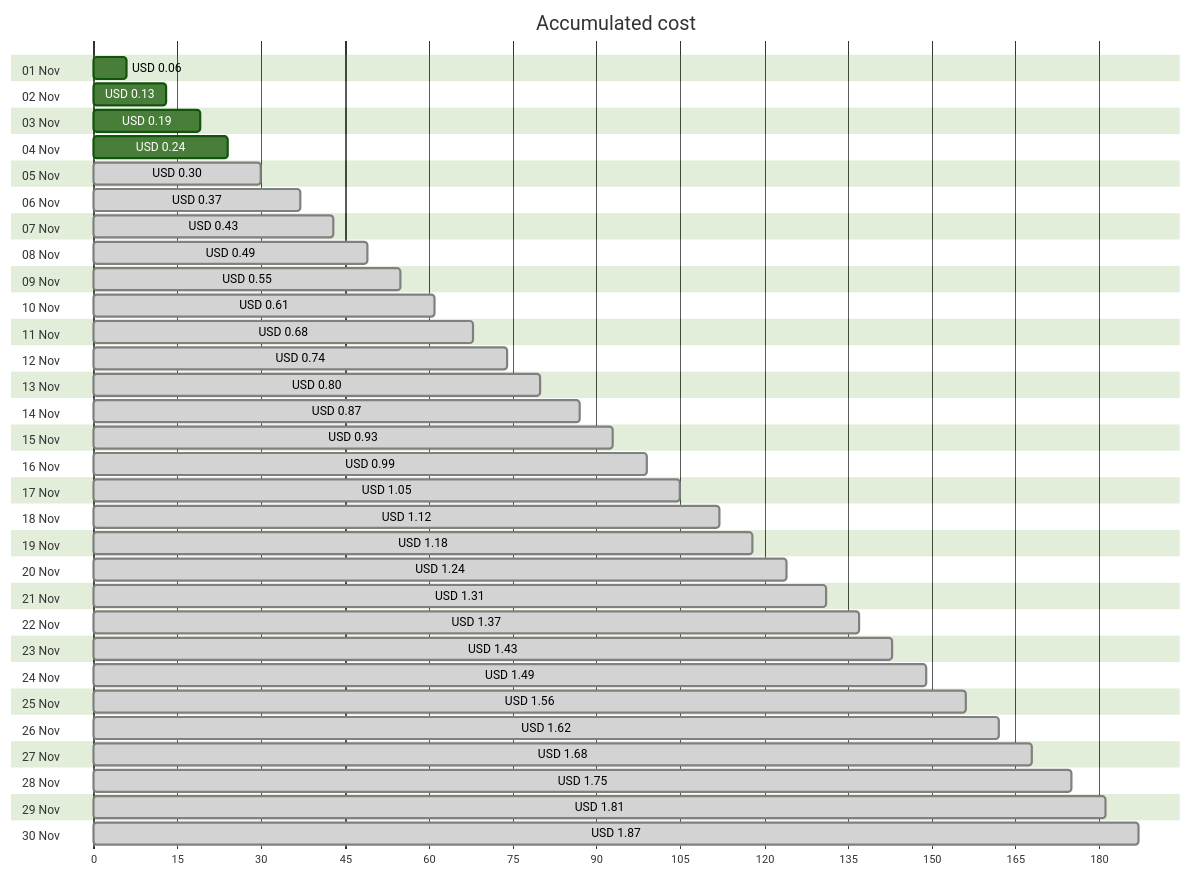
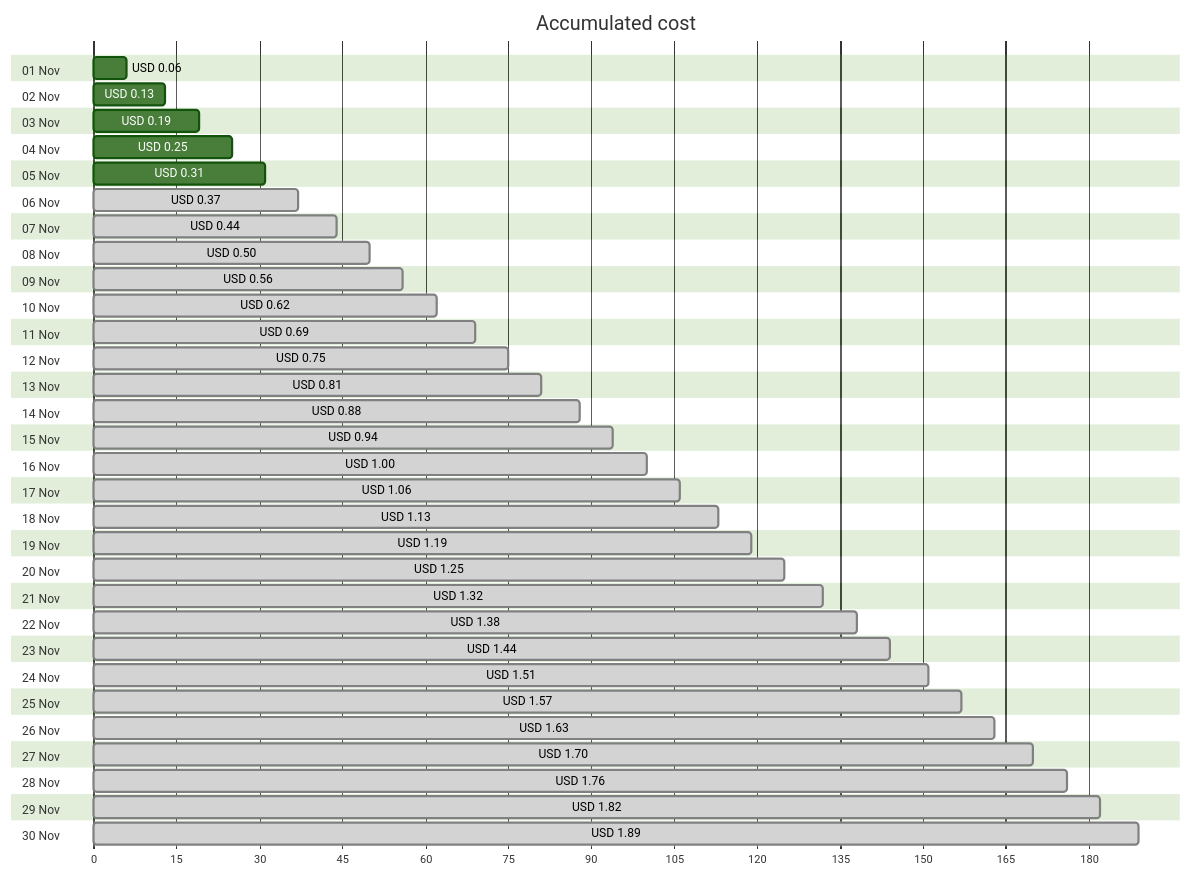
Before and after one commit to jpfulton/azure-personal-reports: the first of 4 diagrams in cost-reports/personal-network/vpn-server_OsDisk.md, drawn with Mermaid (forest theme). The commit also changed other lines of this file and 8 other files, not shown here.

````diff
--- a/cost-reports/personal-network/vpn-server_OsDisk.md
+++ b/cost-reports/personal-network/vpn-server_OsDisk.md
@@ -20,66 +20,66 @@
 ```mermaid
 gantt
    title Accumulated cost
    dateFormat  X
    axisFormat %s
    section 01 Nov
    USD 0.06 :0, 6
    section 02 Nov
    USD 0.13 :0, 13
    section 03 Nov
    USD 0.19 :0, 19
    section 04 Nov
-   USD 0.24 :0, 24
+   USD 0.25 :0, 25
    section 05 Nov
-   USD 0.30 : done, 0, 30
+   USD 0.31 :0, 31
    section 06 Nov
    USD 0.37 : done, 0, 37
    section 07 Nov
-   USD 0.43 : done, 0, 43
+   USD 0.44 : done, 0, 44
    section 08 Nov
-   USD 0.49 : done, 0, 49
+   USD 0.50 : done, 0, 50
    section 09 Nov
-   USD 0.55 : done, 0, 55
+   USD 0.56 : done, 0, 56
    section 10 Nov
-   USD 0.61 : done, 0, 61
+   USD 0.62 : done, 0, 62
    section 11 Nov
-   USD 0.68 : done, 0, 68
+   USD 0.69 : done, 0, 69
    section 12 Nov
-   USD 0.74 : done, 0, 74
+   USD 0.75 : done, 0, 75
    section 13 Nov
-   USD 0.80 : done, 0, 80
+   USD 0.81 : done, 0, 81
    section 14 Nov
-   USD 0.87 : done, 0, 87
+   USD 0.88 : done, 0, 88
    section 15 Nov
-   USD 0.93 : done, 0, 93
+   USD 0.94 : done, 0, 94
    section 16 Nov
-   USD 0.99 : done, 0, 99
+   USD 1.00 : done, 0, 100
    section 17 Nov
-   USD 1.05 : done, 0, 105
+   USD 1.06 : done, 0, 106
    section 18 Nov
-   USD 1.12 : done, 0, 112
+   USD 1.13 : done, 0, 113
    section 19 Nov
-   USD 1.18 : done, 0, 118
+   USD 1.19 : done, 0, 119
    section 20 Nov
-   USD 1.24 : done, 0, 124
+   USD 1.25 : done, 0, 125
    section 21 Nov
-   USD 1.31 : done, 0, 131
+   USD 1.32 : done, 0, 132
    section 22 Nov
-   USD 1.37 : done, 0, 137
+   USD 1.38 : done, 0, 138
    section 23 Nov
-   USD 1.43 : done, 0, 143
+   USD 1.44 : done, 0, 144
    section 24 Nov
-   USD 1.49 : done, 0, 149
+   USD 1.51 : done, 0, 151
    section 25 Nov
-   USD 1.56 : done, 0, 156
+   USD 1.57 : done, 0, 157
    section 26 Nov
-   USD 1.62 : done, 0, 162
+   USD 1.63 : done, 0, 163
    section 27 Nov
-   USD 1.68 : done, 0, 168
+   USD 1.70 : done, 0, 170
    section 28 Nov
-   USD 1.75 : done, 0, 175
+   USD 1.76 : done, 0, 176
    section 29 Nov
-   USD 1.81 : done, 0, 181
+   USD 1.82 : done, 0, 182
    section 30 Nov
-   USD 1.87 : done, 0, 187
+   USD 1.89 : done, 0, 189
 ```
````
